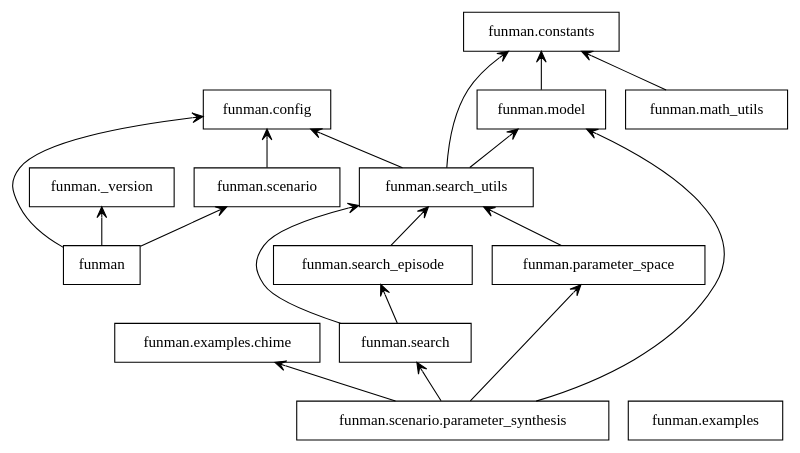
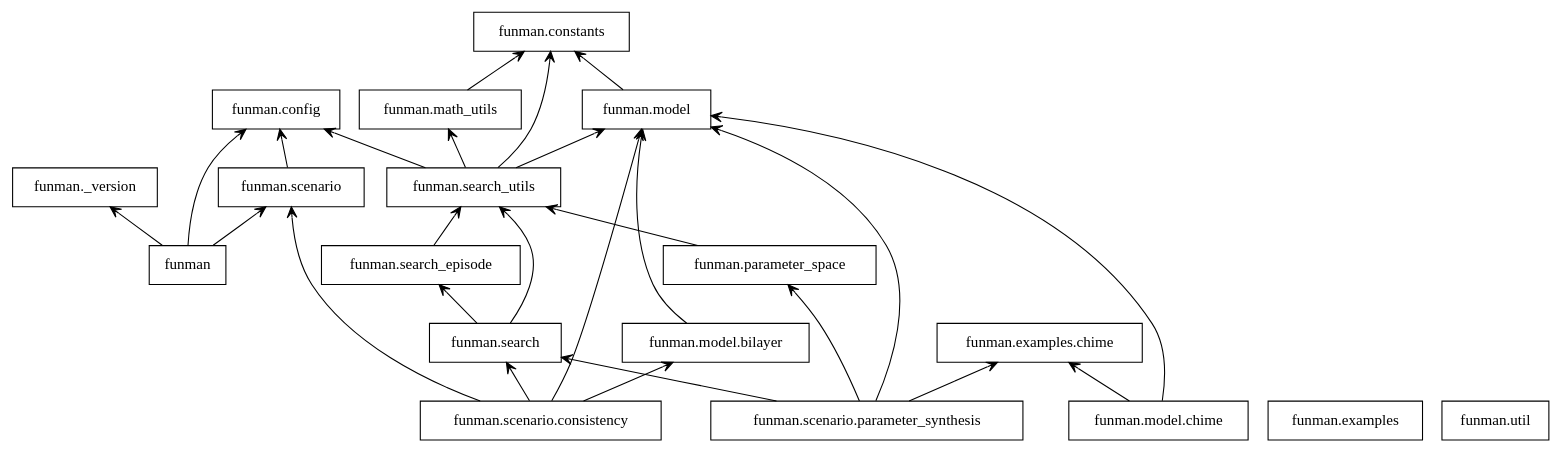
One commit to ml4ai/funman changed the diagram in docs/_static/packages.dot. Above: the diagram before and after it, drawn with Graphviz. The commit also changed 28 other files, not shown here.

```diff
--- a/docs/_static/packages.dot
+++ b/docs/_static/packages.dot
@@ -1,35 +1,47 @@
 digraph "packages" {
 rankdir=BT
 charset="utf-8"
 "funman" [color="black", label="funman", shape="box", style="solid"];
 "funman._version" [color="black", label="funman._version", shape="box", style="solid"];
 "funman.config" [color="black", label="funman.config", shape="box", style="solid"];
 "funman.constants" [color="black", label="funman.constants", shape="box", style="solid"];
 "funman.examples" [color="black", label="funman.examples", shape="box", style="solid"];
 "funman.examples.chime" [color="black", label="funman.examples.chime", shape="box", style="solid"];
 "funman.math_utils" [color="black", label="funman.math_utils", shape="box", style="solid"];
 "funman.model" [color="black", label="funman.model", shape="box", style="solid"];
+"funman.model.bilayer" [color="black", label="funman.model.bilayer", shape="box", style="solid"];
+"funman.model.chime" [color="black", label="funman.model.chime", shape="box", style="solid"];
 "funman.parameter_space" [color="black", label="funman.parameter_space", shape="box", style="solid"];
 "funman.scenario" [color="black", label="funman.scenario", shape="box", style="solid"];
+"funman.scenario.consistency" [color="black", label="funman.scenario.consistency", shape="box", style="solid"];
 "funman.scenario.parameter_synthesis" [color="black", label="funman.scenario.parameter_synthesis", shape="box", style="solid"];
 "funman.search" [color="black", label="funman.search", shape="box", style="solid"];
 "funman.search_episode" [color="black", label="funman.search_episode", shape="box", style="solid"];
 "funman.search_utils" [color="black", label="funman.search_utils", shape="box", style="solid"];
+"funman.util" [color="black", label="funman.util", shape="box", style="solid"];
 "funman" -> "funman._version" [arrowhead="open", arrowtail="none"];
 "funman" -> "funman.config" [arrowhead="open", arrowtail="none"];
 "funman" -> "funman.scenario" [arrowhead="open", arrowtail="none"];
 "funman.math_utils" -> "funman.constants" [arrowhead="open", arrowtail="none"];
 "funman.model" -> "funman.constants" [arrowhead="open", arrowtail="none"];
+"funman.model.bilayer" -> "funman.model" [arrowhead="open", arrowtail="none"];
+"funman.model.chime" -> "funman.examples.chime" [arrowhead="open", arrowtail="none"];
+"funman.model.chime" -> "funman.model" [arrowhead="open", arrowtail="none"];
 "funman.parameter_space" -> "funman.search_utils" [arrowhead="open", arrowtail="none"];
 "funman.scenario" -> "funman.config" [arrowhead="open", arrowtail="none"];
+"funman.scenario.consistency" -> "funman.model" [arrowhead="open", arrowtail="none"];
+"funman.scenario.consistency" -> "funman.model.bilayer" [arrowhead="open", arrowtail="none"];
+"funman.scenario.consistency" -> "funman.scenario" [arrowhead="open", arrowtail="none"];
+"funman.scenario.consistency" -> "funman.search" [arrowhead="open", arrowtail="none"];
 "funman.scenario.parameter_synthesis" -> "funman.examples.chime" [arrowhead="open", arrowtail="none"];
 "funman.scenario.parameter_synthesis" -> "funman.model" [arrowhead="open", arrowtail="none"];
 "funman.scenario.parameter_synthesis" -> "funman.parameter_space" [arrowhead="open", arrowtail="none"];
 "funman.scenario.parameter_synthesis" -> "funman.search" [arrowhead="open", arrowtail="none"];
 "funman.search" -> "funman.search_episode" [arrowhead="open", arrowtail="none"];
 "funman.search" -> "funman.search_utils" [arrowhead="open", arrowtail="none"];
 "funman.search_episode" -> "funman.search_utils" [arrowhead="open", arrowtail="none"];
 "funman.search_utils" -> "funman.config" [arrowhead="open", arrowtail="none"];
 "funman.search_utils" -> "funman.constants" [arrowhead="open", arrowtail="none"];
+"funman.search_utils" -> "funman.math_utils" [arrowhead="open", arrowtail="none"];
 "funman.search_utils" -> "funman.model" [arrowhead="open", arrowtail="none"];
 }
```
